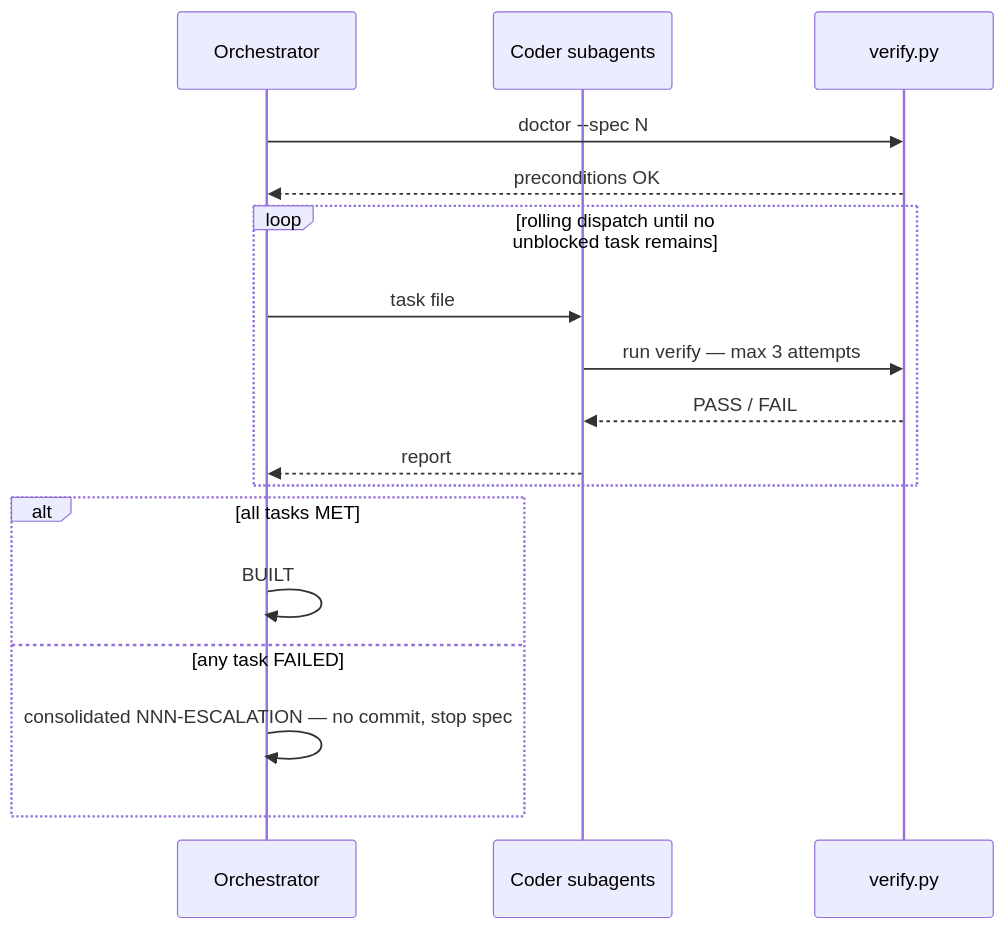
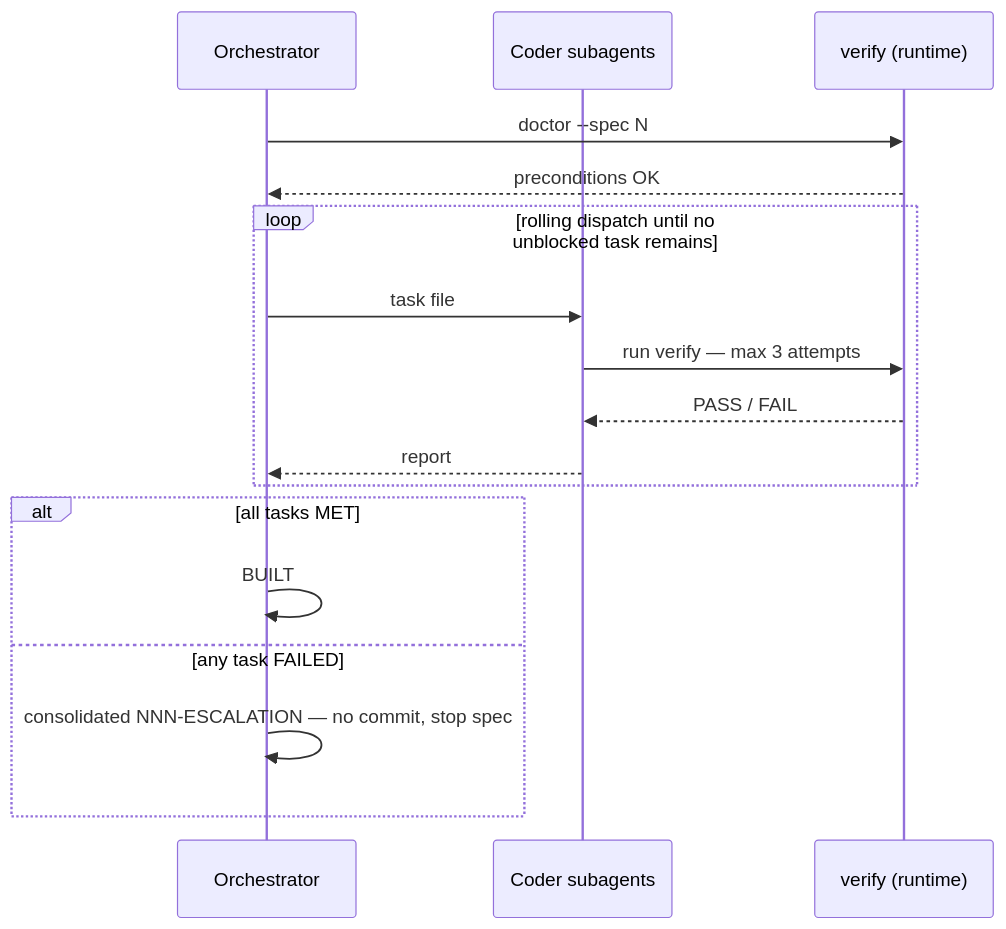
One commit to sinhaaritro/dev-agent changed the fifth of 5 diagrams in docs/flow.md. Above: the diagram before and after it, drawn with Mermaid. The commit also changed other lines of this file and 144 other files, not shown here.

````diff
--- a/docs/flow.md
+++ b/docs/flow.md
@@ -128,20 +128,20 @@
 ```mermaid
 %%{init: {"flowchart": {"curve": "linear"}}}%%
 sequenceDiagram
     participant O as Orchestrator
     participant C as Coder subagents
-    participant V as verify.py
+    participant V as verify (runtime)
     O->>V: doctor --spec N
     V-->>O: preconditions OK
     loop rolling dispatch until no unblocked task remains
         O->>C: task file
         C->>V: run verify — max 3 attempts
         V-->>C: PASS / FAIL
         C-->>O: report
     end
     alt all tasks MET
         O->>O: BUILT
     else any task FAILED
         O->>O: consolidated NNN-ESCALATION — no commit, stop spec
     end
 ```
````
